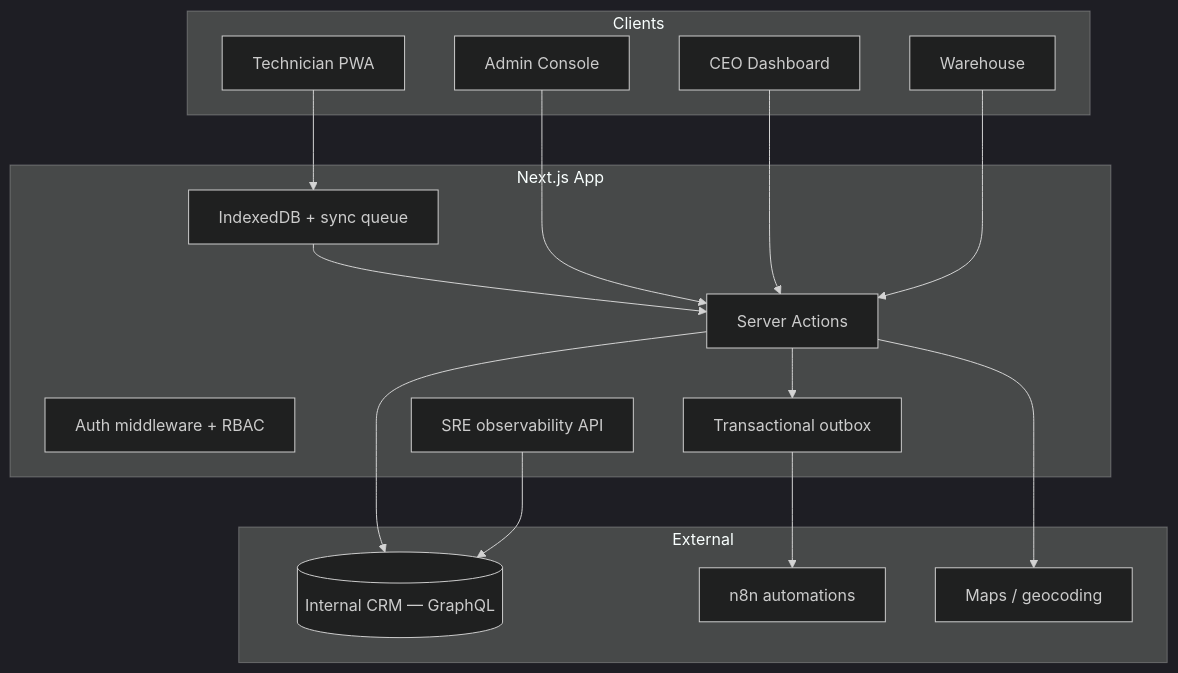
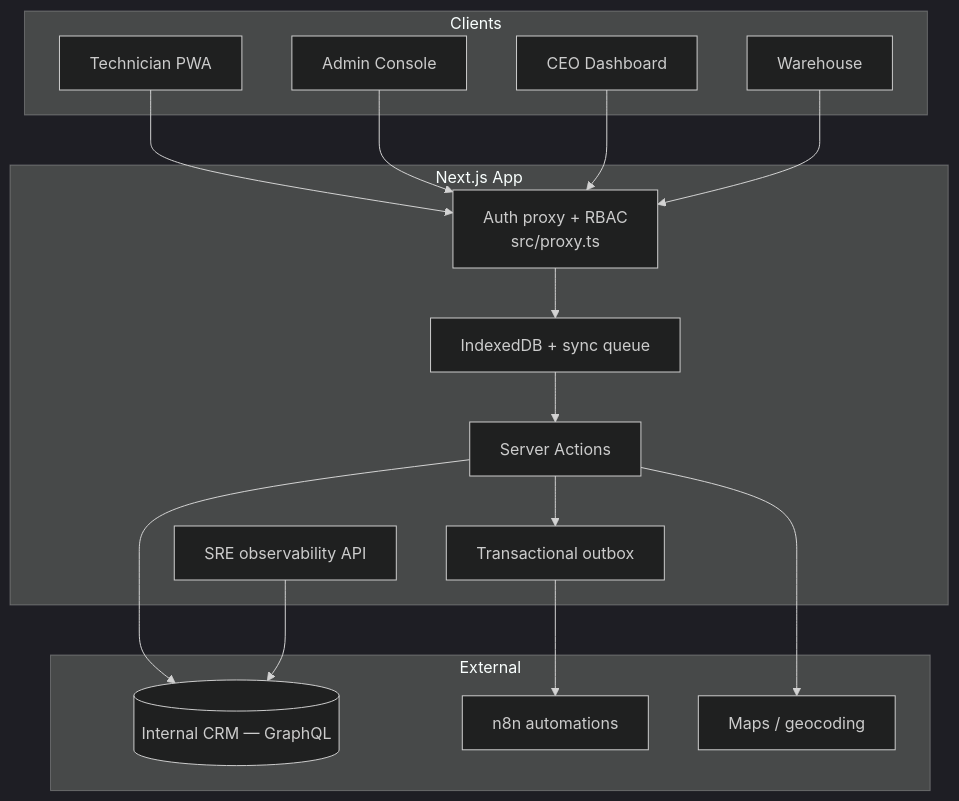
Before and after one commit to alyekseyenko/services-blinds: the first of 2 diagrams in README.md, drawn with Mermaid (dark theme). The commit also changed other lines of this file, not shown here.

First line of the commit message:
docs(readme): refresh architecture, RBAC, and ESTORESRAINHA branding.

````diff
--- a/README.md
+++ b/README.md
@@ -109,32 +114,33 @@
 ```mermaid
 graph TB
     subgraph Clients
         TECH[Technician PWA]
         ADMIN[Admin Console]
         CEO[CEO Dashboard]
         WH[Warehouse]
     end
 
     subgraph "Next.js App"
-        MW[Auth middleware + RBAC]
+        PROXY[Auth proxy + RBAC<br/>src/proxy.ts]
         ACTIONS[Server Actions]
         OFFLINE[IndexedDB + sync queue]
         OUTBOX[Transactional outbox]
         OBS[SRE observability API]
     end
 
     subgraph External
         CRM[(Internal CRM — GraphQL)]
         N8N[n8n automations]
         MAPS[Maps / geocoding]
     end
 
-    TECH --> OFFLINE --> ACTIONS
-    ADMIN --> ACTIONS
-    CEO --> ACTIONS
-    WH --> ACTIONS
+    TECH --> PROXY
+    ADMIN --> PROXY
+    CEO --> PROXY
+    WH --> PROXY
+    PROXY --> OFFLINE --> ACTIONS
     ACTIONS --> CRM
     ACTIONS --> OUTBOX --> N8N
     ACTIONS --> MAPS
     OBS --> CRM
 ```
````
